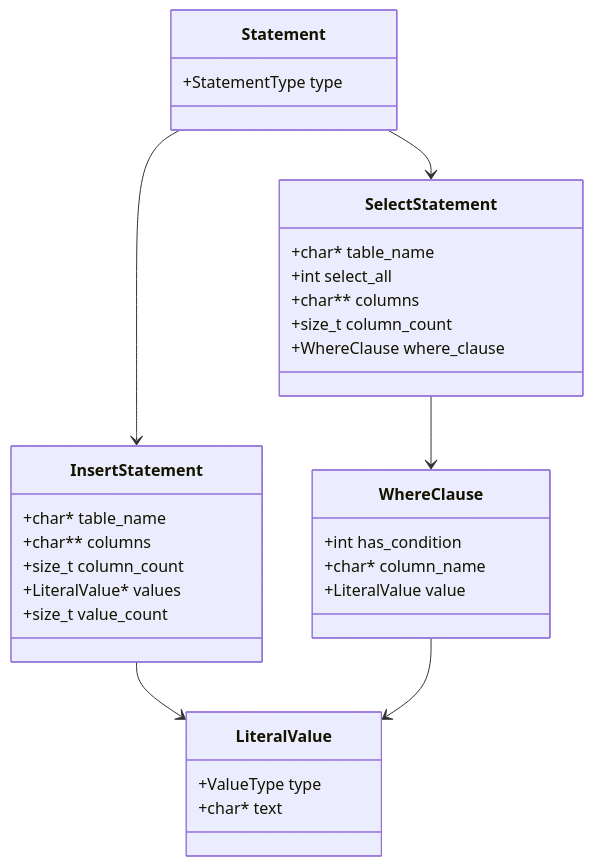
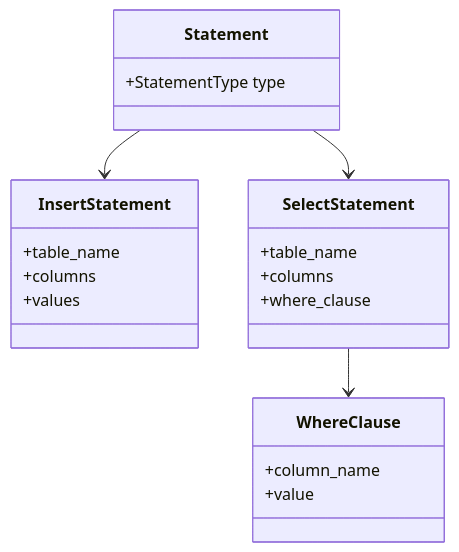
Before and after one commit to whiskend/sql-parser-engine: the eighth of 11 diagrams in README.md, drawn with Mermaid. The commit also changed other lines of this file and 1 other file, not shown here.

````diff
--- a/README.md
+++ b/README.md
@@ -272,39 +149,27 @@
 ```mermaid
 classDiagram
     class Statement {
         +StatementType type
     }
 
     class InsertStatement {
-        +char* table_name
-        +char** columns
-        +size_t column_count
-        +LiteralValue* values
-        +size_t value_count
+        +table_name
+        +columns
+        +values
     }
 
     class SelectStatement {
-        +char* table_name
-        +int select_all
-        +char** columns
-        +size_t column_count
-        +WhereClause where_clause
+        +table_name
+        +columns
+        +where_clause
     }
 
     class WhereClause {
-        +int has_condition
-        +char* column_name
-        +LiteralValue value
-    }
-
-    class LiteralValue {
-        +ValueType type
-        +char* text
+        +column_name
+        +value
     }
 
     Statement --> InsertStatement
     Statement --> SelectStatement
-    InsertStatement --> LiteralValue
     SelectStatement --> WhereClause
-    WhereClause --> LiteralValue
 ```
````
